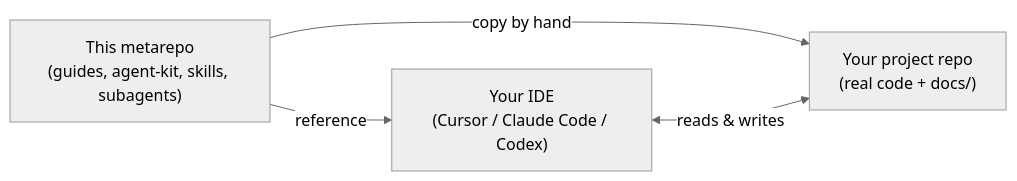
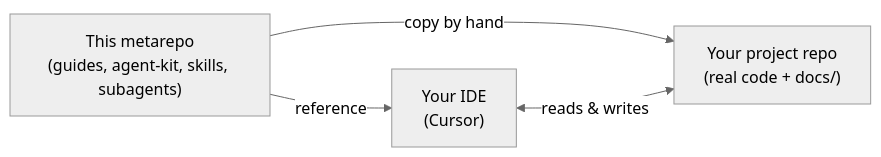
The first of 2 diagrams in README.md (Hotusa-Data/ehc-agent-harness), drawn with Mermaid before and after one commit. The commit also changed other lines of this file and 9 other files, not shown here.

````diff
--- a/README.md
+++ b/README.md
@@ -14,18 +14,18 @@
 ```mermaid
 ---
 config:
   theme: neutral
 ---
 flowchart LR
     accTitle: Metarepo to Project Repo Relationship
     accDescr: How the metarepo guides, agent-kit, AGENTS.md, skills, and subagents flow into the project repo and developer IDE.
 
     metarepo["This metarepo<br/>(guides, agent-kit, skills, subagents)"]
     target["Your project repo<br/>(real code + docs/)"]
-    ide["Your IDE<br/>(Cursor / Claude Code / Codex)"]
+    ide["Your IDE<br/>(Cursor)"]
 
     metarepo -->|copy by hand| target
     metarepo -->|reference| ide
     ide <-->|reads & writes| target
 
 ```
````
